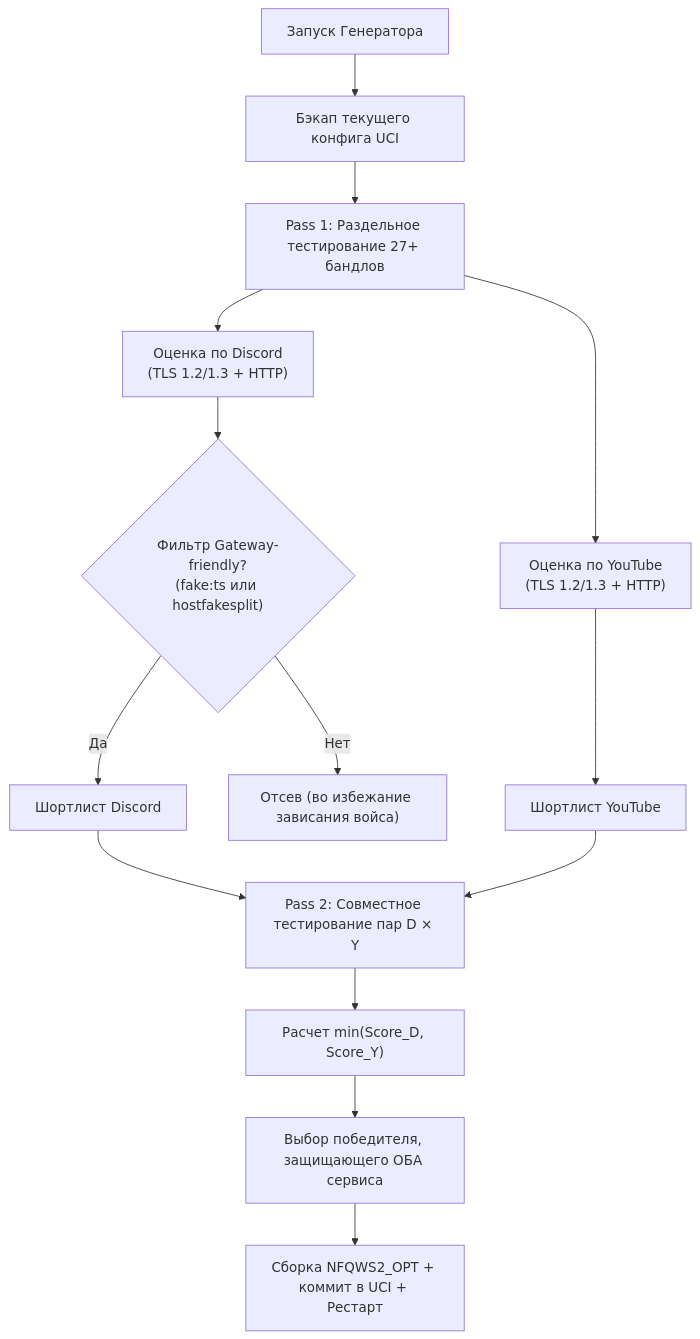
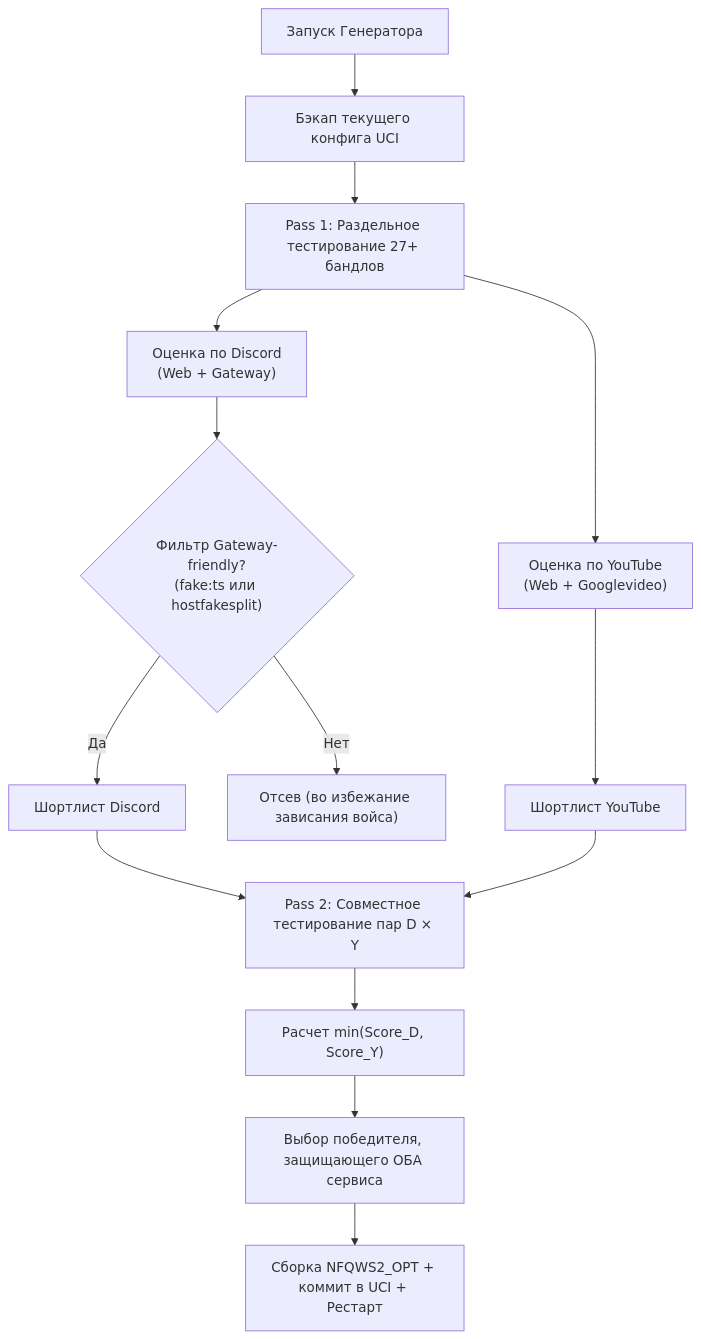
Before and after one commit to Floorys/Z2-Manager: the diagram in README.md, drawn with Mermaid. The commit also changed other lines of this file and 10 other files, not shown here.

````diff
--- a/README.md
+++ b/README.md
@@ -96,20 +102,20 @@
 ```mermaid
 flowchart TD
     Start["Запуск Генератора"] --> Backup["Бэкап текущего конфига UCI"]
     Backup --> Pass1["Pass 1: Раздельное тестирование 27+ бандлов"]
-    Pass1 --> ScoreD["Оценка по Discord<br>(TLS 1.2/1.3 + HTTP)"]
-    Pass1 --> ScoreY["Оценка по YouTube<br>(TLS 1.2/1.3 + HTTP)"]
+    Pass1 --> ScoreD["Оценка по Discord<br>(Web + Gateway)"]
+    Pass1 --> ScoreY["Оценка по YouTube<br>(Web + Googlevideo)"]
     
     ScoreD --> FilterGW{"Фильтр Gateway-friendly?<br>(fake:ts или hostfakesplit)"}
     FilterGW -- Да --> ShortD["Шортлист Discord"]
     FilterGW -- Нет --> Drop["Отсев (во избежание зависания войса)"]
     
     ScoreY --> ShortY["Шортлист YouTube"]
     
     ShortD --> Pass2["Pass 2: Совместное тестирование пар D × Y"]
     ShortY --> Pass2
     
     Pass2 --> CalcJoint["Расчет min(Score_D, Score_Y)"]
     CalcJoint --> Best["Выбор победителя, защищающего ОБА сервиса"]
     Best --> Apply["Сборка NFQWS2_OPT + коммит в UCI + Рестарт"]
 ```
````
